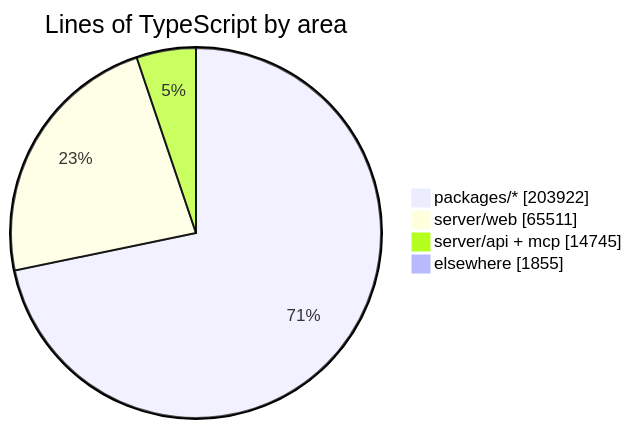
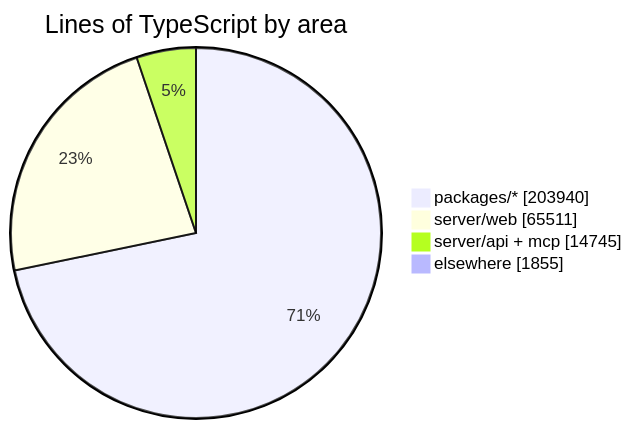
Before and after one commit to crossworks-engineering/mantle: the diagram in README.md, drawn with Mermaid. The commit also changed other lines of this file and 2 other files, not shown here.

````diff
--- a/README.md
+++ b/README.md
@@ -287,7 +287,7 @@
 ```mermaid
 pie showData title Lines of TypeScript by area
-    "packages/*" : 203922
+    "packages/*" : 203940
     "server/web" : 65511
     "server/api + mcp" : 14745
     "elsewhere" : 1855
 ```
````
